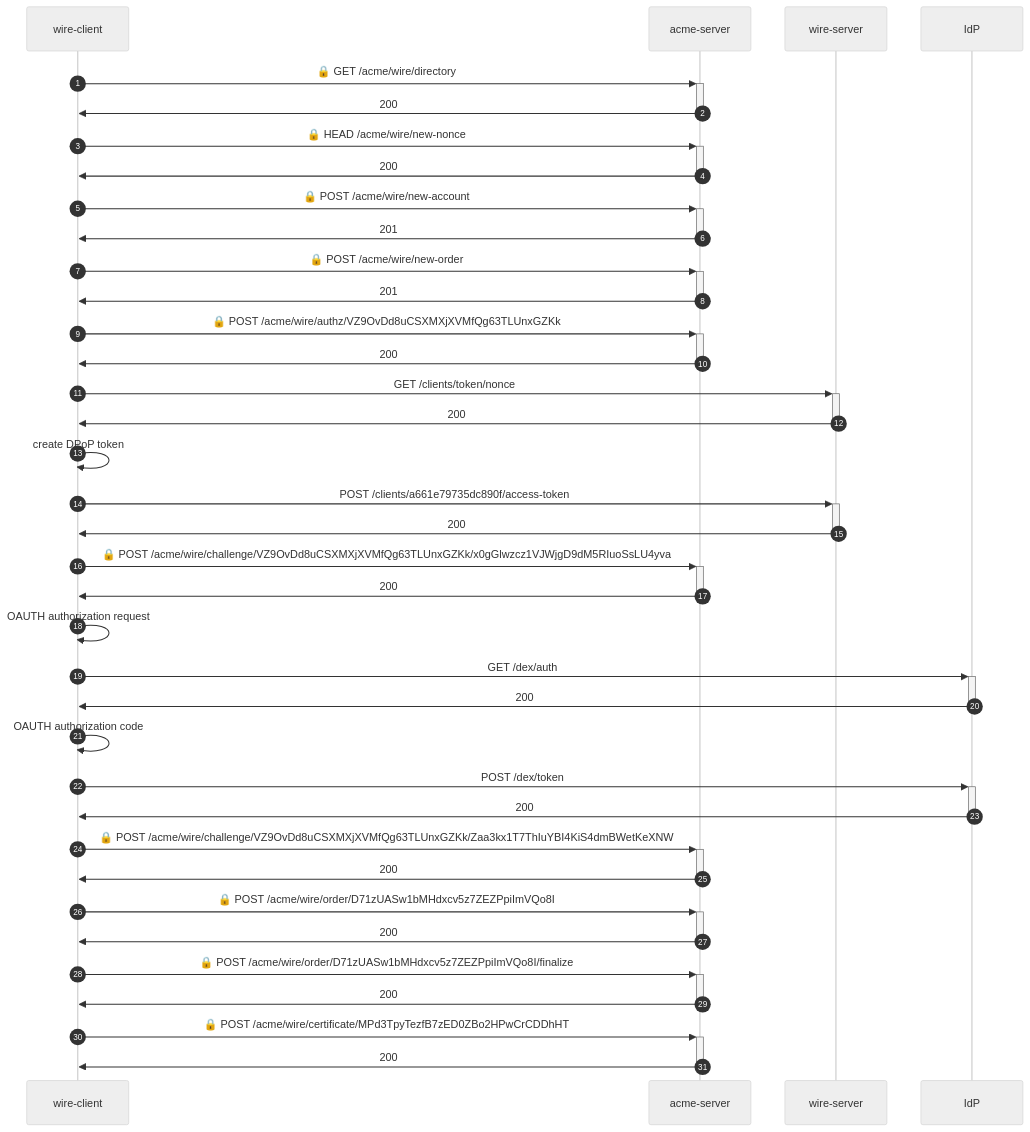
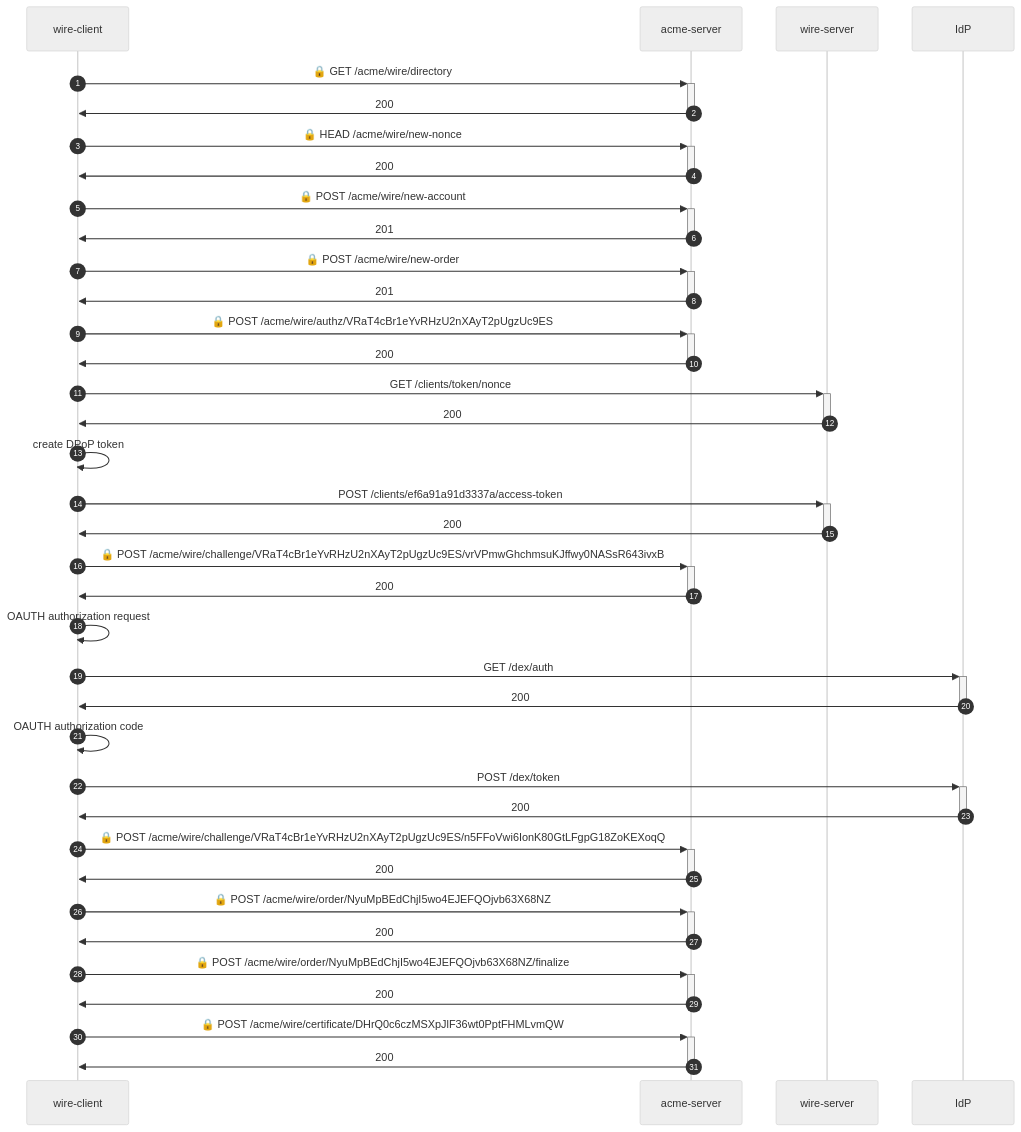
Before and after one commit to wireapp/rusty-jwt-tools: the diagram in e2e-identity/README.md, drawn with Mermaid (neutral theme). The commit also changed other lines of this file and 11 other files, not shown here.

Commit message:
fix: change dpop access token 'cnf' from self JWK to client dpop token JWK

````diff
--- a/e2e-identity/README.md
+++ b/e2e-identity/README.md
@@ -3,35 +3,35 @@
 ```mermaid
 sequenceDiagram
     autonumber
     wire-client->>+acme-server: 🔒 GET /acme/wire/directory
     acme-server->>-wire-client: 200
     wire-client->>+acme-server: 🔒 HEAD /acme/wire/new-nonce
     acme-server->>-wire-client: 200
     wire-client->>+acme-server: 🔒 POST /acme/wire/new-account
     acme-server->>-wire-client: 201
     wire-client->>+acme-server: 🔒 POST /acme/wire/new-order
     acme-server->>-wire-client: 201
-    wire-client->>+acme-server: 🔒 POST /acme/wire/authz/VZ9OvDd8uCSXMXjXVMfQg63TLUnxGZKk
+    wire-client->>+acme-server: 🔒 POST /acme/wire/authz/VRaT4cBr1eYvRHzU2nXAyT2pUgzUc9ES
     acme-server->>-wire-client: 200
     wire-client->>+wire-server:  GET /clients/token/nonce
     wire-server->>-wire-client: 200
     wire-client->>wire-client: create DPoP token
-    wire-client->>+wire-server:  POST /clients/a661e79735dc890f/access-token
+    wire-client->>+wire-server:  POST /clients/ef6a91a91d3337a/access-token
     wire-server->>-wire-client: 200
-    wire-client->>+acme-server: 🔒 POST /acme/wire/challenge/VZ9OvDd8uCSXMXjXVMfQg63TLUnxGZKk/x0gGlwzcz1VJWjgD9dM5RIuoSsLU4yva
+    wire-client->>+acme-server: 🔒 POST /acme/wire/challenge/VRaT4cBr1eYvRHzU2nXAyT2pUgzUc9ES/vrVPmwGhchmsuKJffwy0NASsR643ivxB
     acme-server->>-wire-client: 200
     wire-client->>wire-client: OAUTH authorization request
     wire-client->>+IdP:  GET /dex/auth
     IdP->>-wire-client: 200
     wire-client->>wire-client: OAUTH authorization code
     wire-client->>+IdP:  POST /dex/token
     IdP->>-wire-client: 200
-    wire-client->>+acme-server: 🔒 POST /acme/wire/challenge/VZ9OvDd8uCSXMXjXVMfQg63TLUnxGZKk/Zaa3kx1T7ThIuYBI4KiS4dmBWetKeXNW
+    wire-client->>+acme-server: 🔒 POST /acme/wire/challenge/VRaT4cBr1eYvRHzU2nXAyT2pUgzUc9ES/n5FFoVwi6IonK80GtLFgpG18ZoKEXoqQ
     acme-server->>-wire-client: 200
-    wire-client->>+acme-server: 🔒 POST /acme/wire/order/D71zUASw1bMHdxcv5z7ZEZPpiImVQo8I
+    wire-client->>+acme-server: 🔒 POST /acme/wire/order/NyuMpBEdChjI5wo4EJEFQOjvb63X68NZ
     acme-server->>-wire-client: 200
-    wire-client->>+acme-server: 🔒 POST /acme/wire/order/D71zUASw1bMHdxcv5z7ZEZPpiImVQo8I/finalize
+    wire-client->>+acme-server: 🔒 POST /acme/wire/order/NyuMpBEdChjI5wo4EJEFQOjvb63X68NZ/finalize
     acme-server->>-wire-client: 200
-    wire-client->>+acme-server: 🔒 POST /acme/wire/certificate/MPd3TpyTezfB7zED0ZBo2HPwCrCDDhHT
+    wire-client->>+acme-server: 🔒 POST /acme/wire/certificate/DHrQ0c6czMSXpJlF36wt0PptFHMLvmQW
     acme-server->>-wire-client: 200
 ```
````
